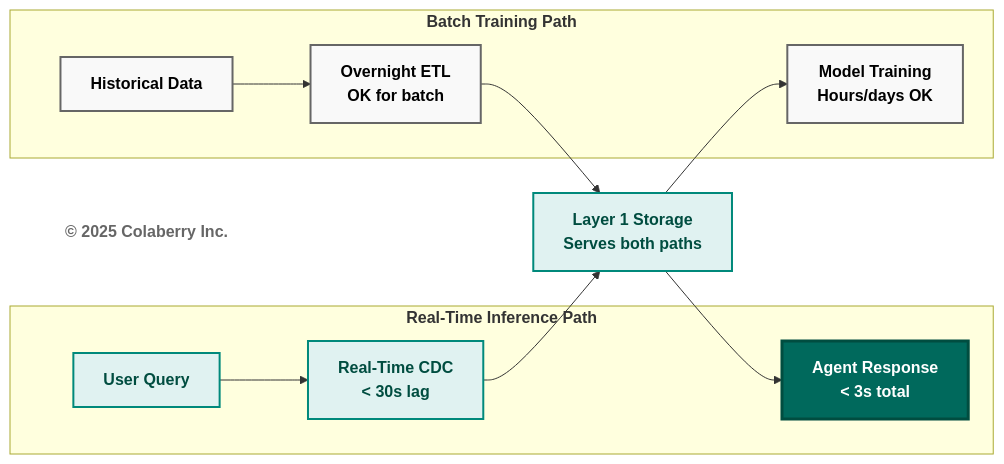
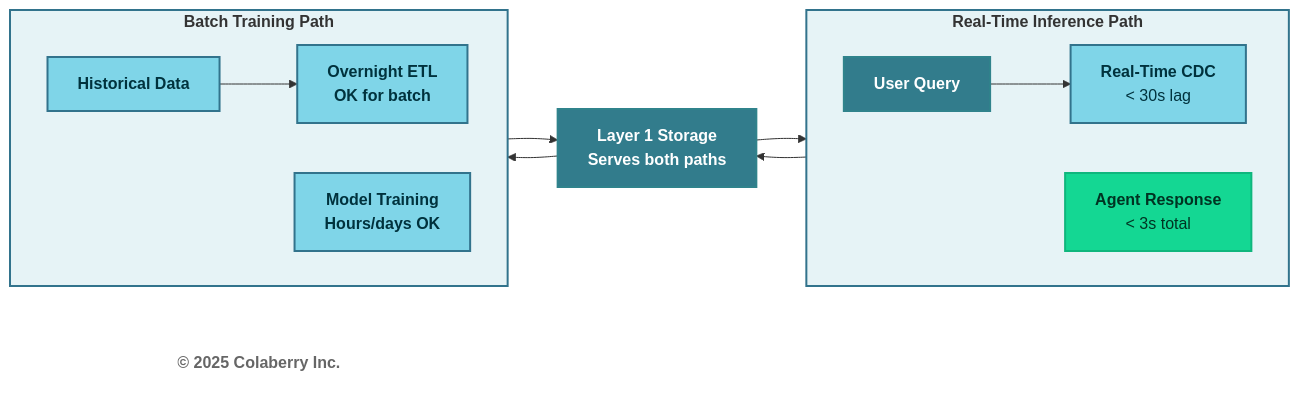
Before and after one commit to saitejesh-cyber/trust-before-intelligence-book: the eighth of 11 diagrams in manuscript/05_chapter_4_foundation_layers.md, drawn with Mermaid. The commit also changed other lines of this file, not shown here.

Commit message:
Update mermaid diagrams as per new coloberry color and contrast ratio for chapter 5

````diff
--- a/manuscript/05_chapter_4_foundation_layers.md
+++ b/manuscript/05_chapter_4_foundation_layers.md
@@ -887,30 +891,34 @@
 ```mermaid
 graph LR
-    subgraph "<b>Real-Time Inference Path</b>"
+    subgraph RT["<b>Real-Time Inference Path</b>"]
+        direction LR
         I1["<b>User Query</b>"]
-        I2["<b>Real-Time CDC</b><br/><b>< 30s lag</b>"]
-        I3["<b>Agent Response</b><br/><b>< 3s total</b>"]
+        I2["<b>Real-Time CDC</b><br/>&lt; 30s lag"]
+        I3["<b>Agent Response</b><br/>&lt; 3s total"]
     end
     
-    subgraph "<b>Batch Training Path</b>"
+    subgraph BT["<b>Batch Training Path</b>"]
+        direction LR
         T1["<b>Historical Data</b>"]
         T2["<b>Overnight ETL</b><br/><b>OK for batch</b>"]
         T3["<b>Model Training</b><br/><b>Hours/days OK</b>"]
     end
     
     STORAGE["<b>Layer 1 Storage</b><br/><b>Serves both paths</b>"]
     
     Copyright["<b>© 2025 Colaberry Inc.</b>"]
     
     I1 --> I2 --> STORAGE --> I3
     T1 --> T2 --> STORAGE --> T3
     
-    style I1 fill:#e0f2f1,stroke:#00897b,stroke-width:2px,color:#004d40
-    style I2 fill:#e0f2f1,stroke:#00897b,stroke-width:2px,color:#004d40
-    style I3 fill:#00695c,color:#ffffff,stroke:#004d40,stroke-width:3px
-    style T1 fill:#f9f9f9,stroke:#666666,stroke-width:2px,color:#000000
-    style T2 fill:#f9f9f9,stroke:#666666,stroke-width:2px,color:#000000
-    style T3 fill:#f9f9f9,stroke:#666666,stroke-width:2px,color:#000000
-    style STORAGE fill:#e0f2f1,stroke:#00897b,stroke-width:2px,color:#004d40
+    style RT fill:#E6F3F6,stroke:#32738C,stroke-width:2px
+    style BT fill:#E6F3F6,stroke:#32738C,stroke-width:2px
+    style I1 fill:#327C8C,stroke:#30838C,stroke-width:2px,color:#ffffff
+    style I2 fill:#7FD5E8,stroke:#32738C,stroke-width:2px,color:#00323D
+    style I3 fill:#14D793,stroke:#0FB67D,stroke-width:2px,color:#003322
+    style T1 fill:#7FD5E8,stroke:#32738C,stroke-width:2px,color:#00323D
+    style T2 fill:#7FD5E8,stroke:#32738C,stroke-width:2px,color:#00323D
+    style T3 fill:#7FD5E8,stroke:#32738C,stroke-width:2px,color:#00323D
+    style STORAGE fill:#327C8C,stroke:#30838C,stroke-width:2px,color:#ffffff
     style Copyright fill:#ffffff,stroke:none,color:#666666
 ```
````
